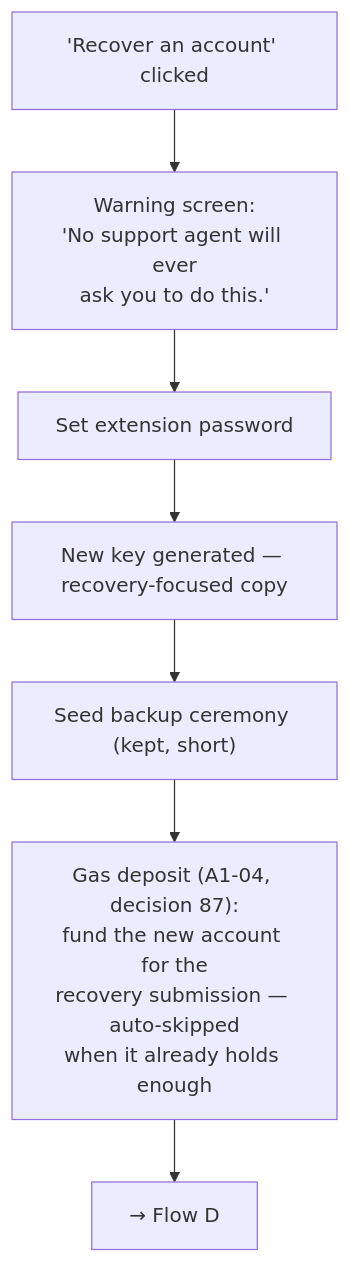
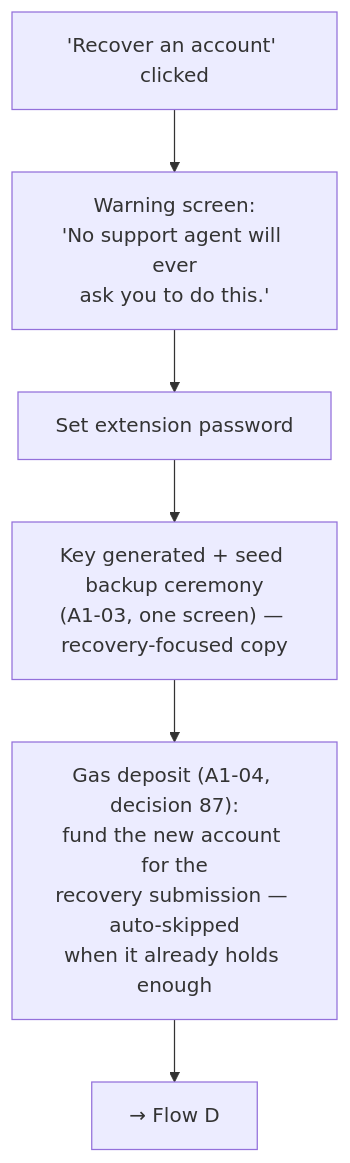
Before and after one commit to FiboAtWonder/kohaku-extension: the second of 12 diagrams in social-recovery-ux-flows.md, drawn with Mermaid. The commit also changed other lines of this file and 4 other files, not shown here.

````diff
--- a/social-recovery-ux-flows.md
+++ b/social-recovery-ux-flows.md
@@ -35,11 +35,10 @@
 ```mermaid
 flowchart TD
     A["'Recover an account' clicked"] --> S["Warning screen:<br/>'No support agent will ever<br/>ask you to do this.'"]
     S --> B[Set extension password]
-    B --> C["New key generated — recovery-focused copy"]
-    C --> D["Seed backup ceremony (kept, short)"]
-    D --> GD["Gas deposit (A1-04, decision 87):<br/>fund the new account for the<br/>recovery submission — auto-skipped<br/>when it already holds enough"]
+    B --> C["Key generated + seed backup ceremony<br/>(A1-03, one screen) — recovery-focused copy"]
+    C --> GD["Gas deposit (A1-04, decision 87):<br/>fund the new account for the<br/>recovery submission — auto-skipped<br/>when it already holds enough"]
     GD --> E[→ Flow D]
 
     click E href "#flow-d--recover-an-account"
 ```
````
